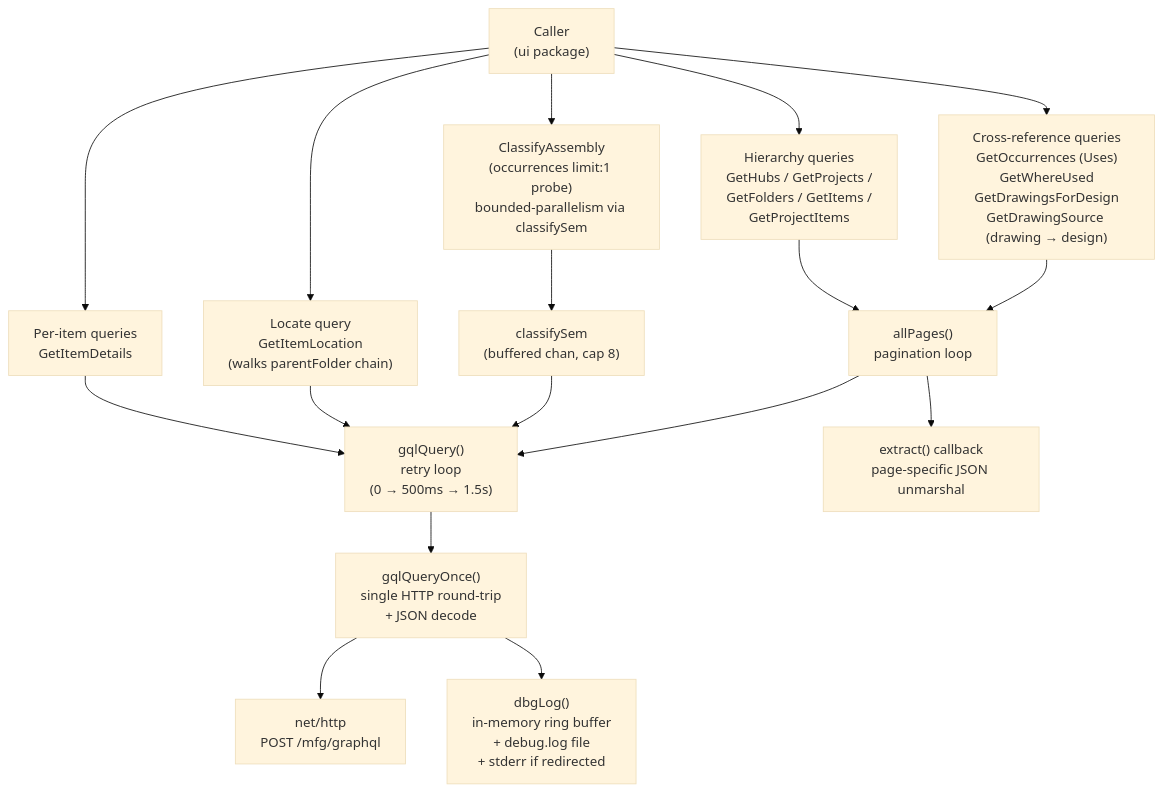
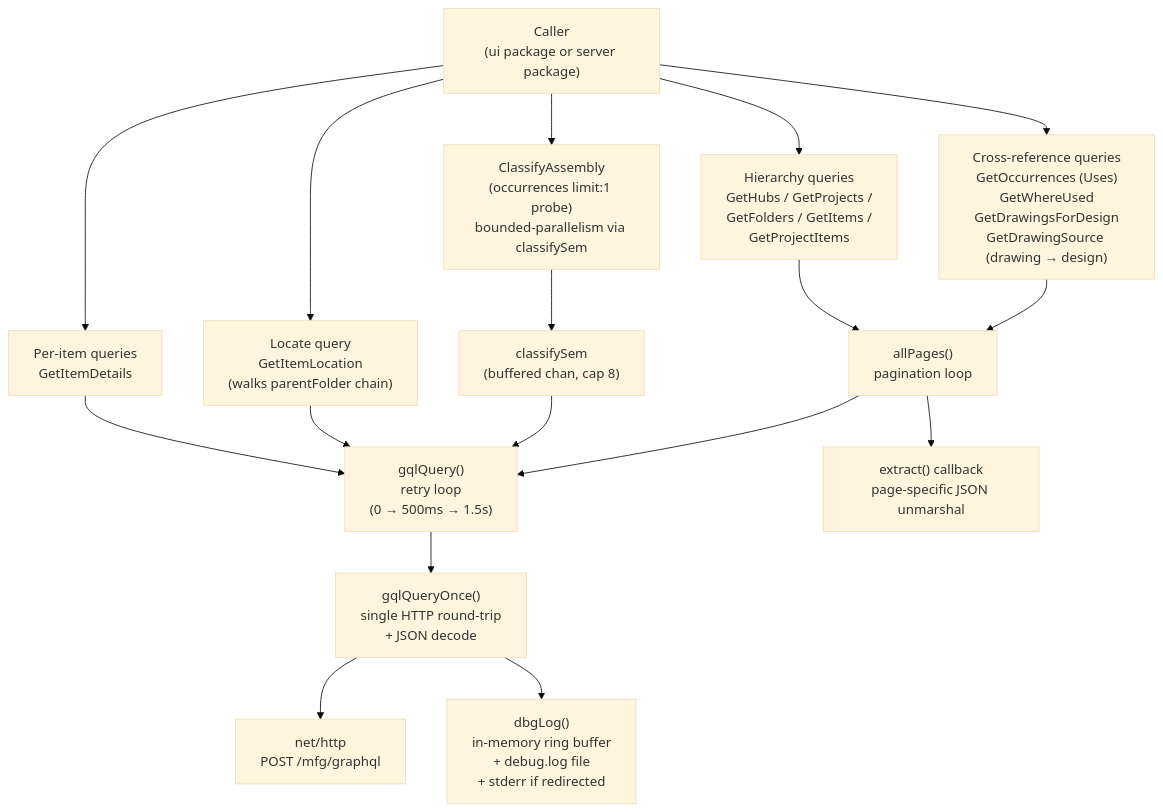
Before and after one commit to schneik80/fusionlocalserver: the first of 4 diagrams in docs/api.md, drawn with Mermaid (base theme). The commit also changed other lines of this file and 56 other files, not shown here.

````diff
--- a/docs/api.md
+++ b/docs/api.md
@@ -22,21 +22,21 @@
 ```mermaid
 flowchart TD
-    caller["Caller\n(ui package)"] --> hierarchy["Hierarchy queries\nGetHubs / GetProjects /\nGetFolders / GetItems /\nGetProjectItems"]
+    caller["Caller\n(ui package or server package)"] --> hierarchy["Hierarchy queries\nGetHubs / GetProjects /\nGetFolders / GetItems /\nGetProjectItems"]
     caller --> details["Per-item queries\nGetItemDetails"]
     caller --> tabs["Cross-reference queries\nGetOccurrences (Uses)\nGetWhereUsed\nGetDrawingsForDesign\nGetDrawingSource (drawing → design)"]
     caller --> locate["Locate query\nGetItemLocation\n(walks parentFolder chain)"]
     caller --> classify["ClassifyAssembly\n(occurrences limit:1 probe)\nbounded-parallelism via classifySem"]
 
     hierarchy --> ap["allPages()\npagination loop"]
     tabs --> ap
     details --> gql
     locate --> gql
     classify --> sem["classifySem\n(buffered chan, cap 8)"]
     sem --> gql
 
     ap --> gql["gqlQuery()\nretry loop\n(0 → 500ms → 1.5s)"]
     gql --> once["gqlQueryOnce()\nsingle HTTP round-trip\n+ JSON decode"]
     once --> http["net/http\nPOST /mfg/graphql"]
     once --> debug["dbgLog()\nin-memory ring buffer\n+ debug.log file\n+ stderr if redirected"]
     ap --> extract["extract() callback\npage-specific JSON unmarshal"]
 ```
````
